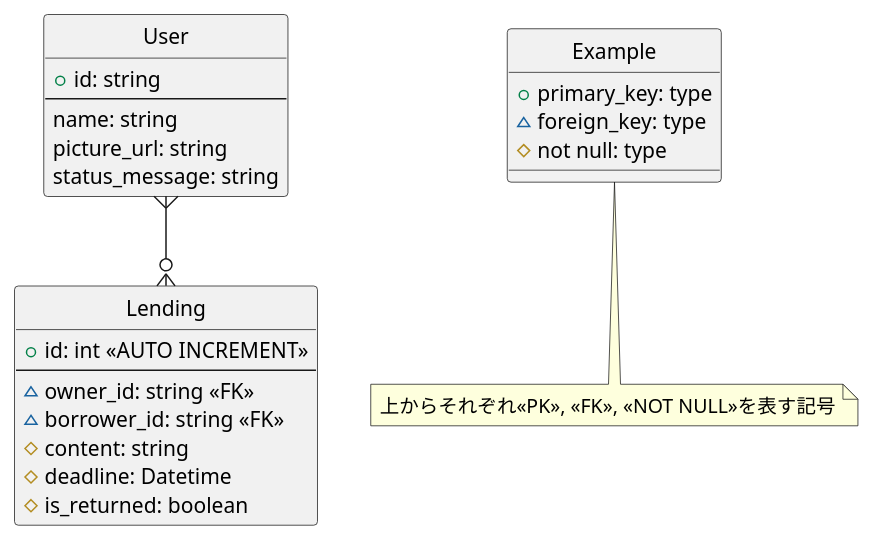
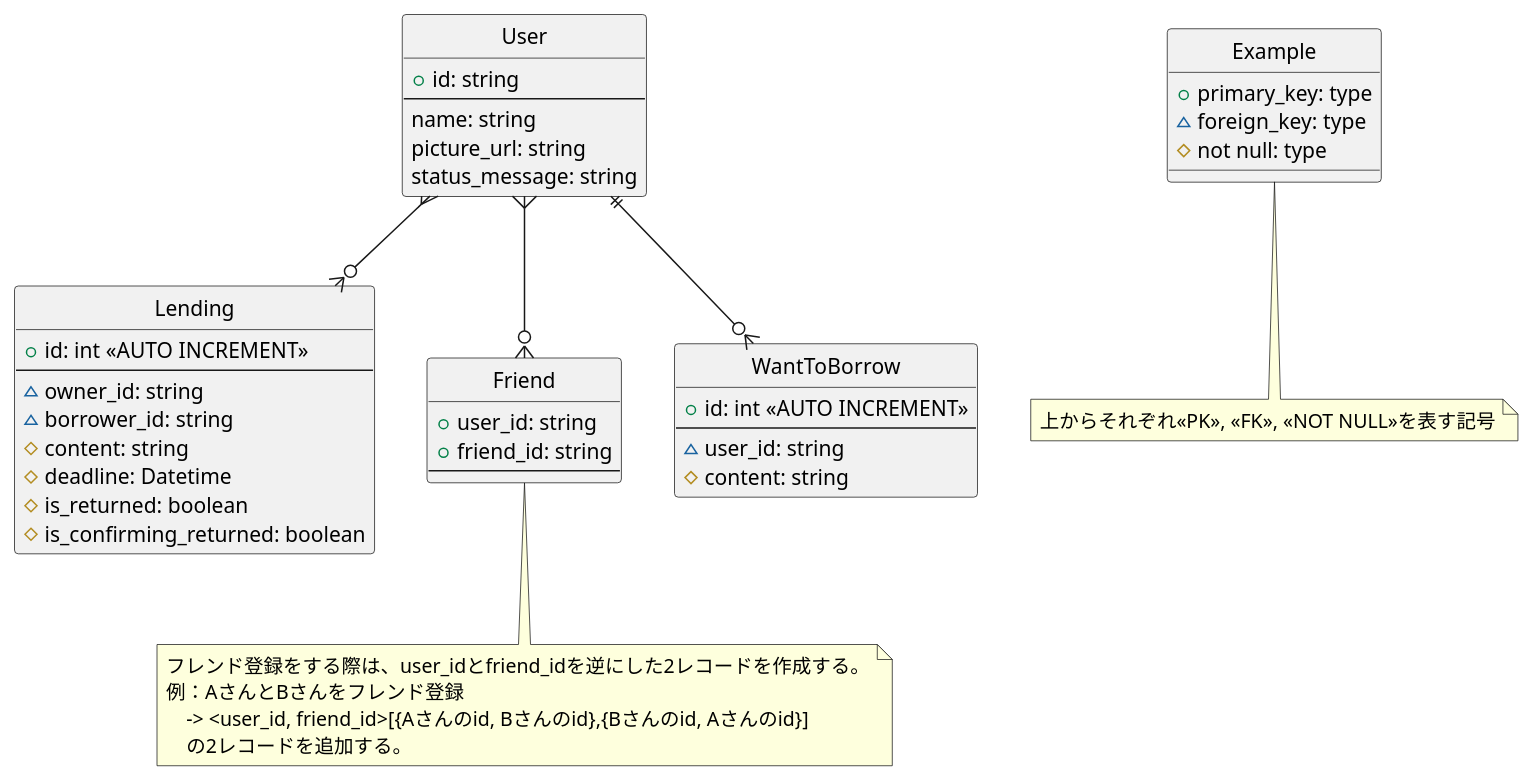
Before and after one commit to mayu-snba19/hacku-vol4: the diagram in ImageUML/er.pu, drawn with PlantUML. The commit also changed 1 other file, not shown here.

Commit message:
ER図を更新した

```diff
--- a/ImageUML/er.pu
+++ b/ImageUML/er.pu
@@ -1,33 +1,56 @@
 @startuml er
 
 hide circle
 skinparam inetype ortho
 
 entity User {
     +id: string
     --
     name: string
     picture_url: string
     status_message: string
 }
 
 entity Lending {
     +id: int <<AUTO INCREMENT>>
     --
-    ~owner_id: string <<FK>>
-    ~borrower_id: string <<FK>>
+    ~owner_id: string
+    ~borrower_id: string
     #content: string
     #deadline: Datetime
     #is_returned: boolean
+    #is_confirming_returned: boolean
+}
+
+entity Friend {
+    + user_id: string
+    + friend_id: string
+    --
+}
+
+note bottom 
+    フレンド登録をする際は、user_idとfriend_idを逆にした2レコードを作成する。
+    例：AさんとBさんをフレンド登録 
+        -> <user_id, friend_id>[{Aさんのid, Bさんのid},{Bさんのid, Aさんのid}]
+        の2レコードを追加する。
+end note
+
+entity WantToBorrow {
+    + id: int <<AUTO INCREMENT>>
+    --
+    ~user_id: string
+    #content: string
 }
 
 User }--o{ Lending
+User }--o{ Friend
+User ||--o{ WantToBorrow
 
 entity Example {
     +primary_key: type
     ~foreign_key: type
     #not null: type  
 }
-note bottom of Example: 上からそれぞれ<<PK>>, <<FK>>, <<NOT NULL>>を表す記号
+note bottom: 上からそれぞれ<<PK>>, <<FK>>, <<NOT NULL>>を表す記号
 
 @enduml
```
